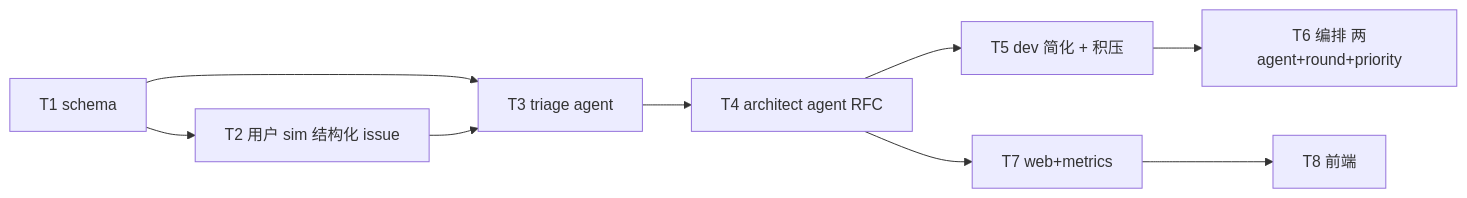
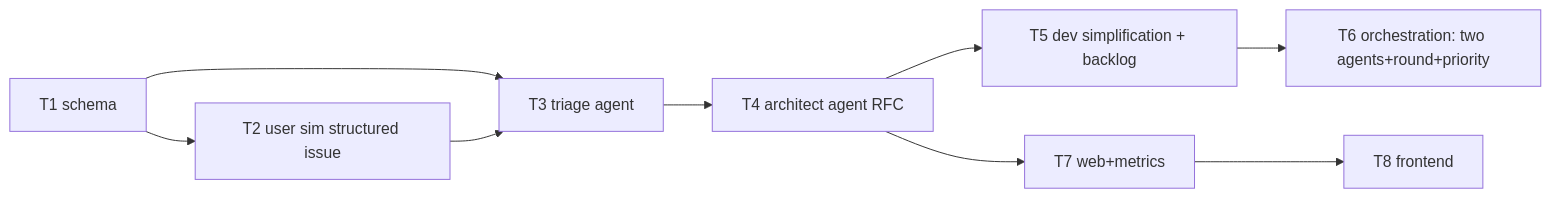
The diagram in docs/specs/0025-issue-triage-funnel.md (Curry09/AHE-Beta), drawn with Mermaid before and after one commit. The commit also changed other lines of this file and 531 other files, not shown here.

````diff
--- a/docs/specs/0025-issue-triage-funnel.md
+++ b/docs/specs/0025-issue-triage-funnel.md
@@ -271,19 +284,19 @@
 ```mermaid
 graph LR
   T1[T1 schema]
-  T2[T2 用户 sim 结构化 issue]
+  T2[T2 user sim structured issue]
   T3[T3 triage agent]
   T4[T4 architect agent RFC]
-  T5[T5 dev 简化 + 积压]
-  T6[T6 编排 两agent+round+priority]
+  T5[T5 dev simplification + backlog]
+  T6[T6 orchestration: two agents+round+priority]
   T7[T7 web+metrics]
-  T8[T8 前端]
+  T8[T8 frontend]
   T1 --> T2
   T1 --> T3
   T2 --> T3
   T3 --> T4
   T4 --> T5
   T5 --> T6
   T4 --> T7
   T7 --> T8
 ```
````
